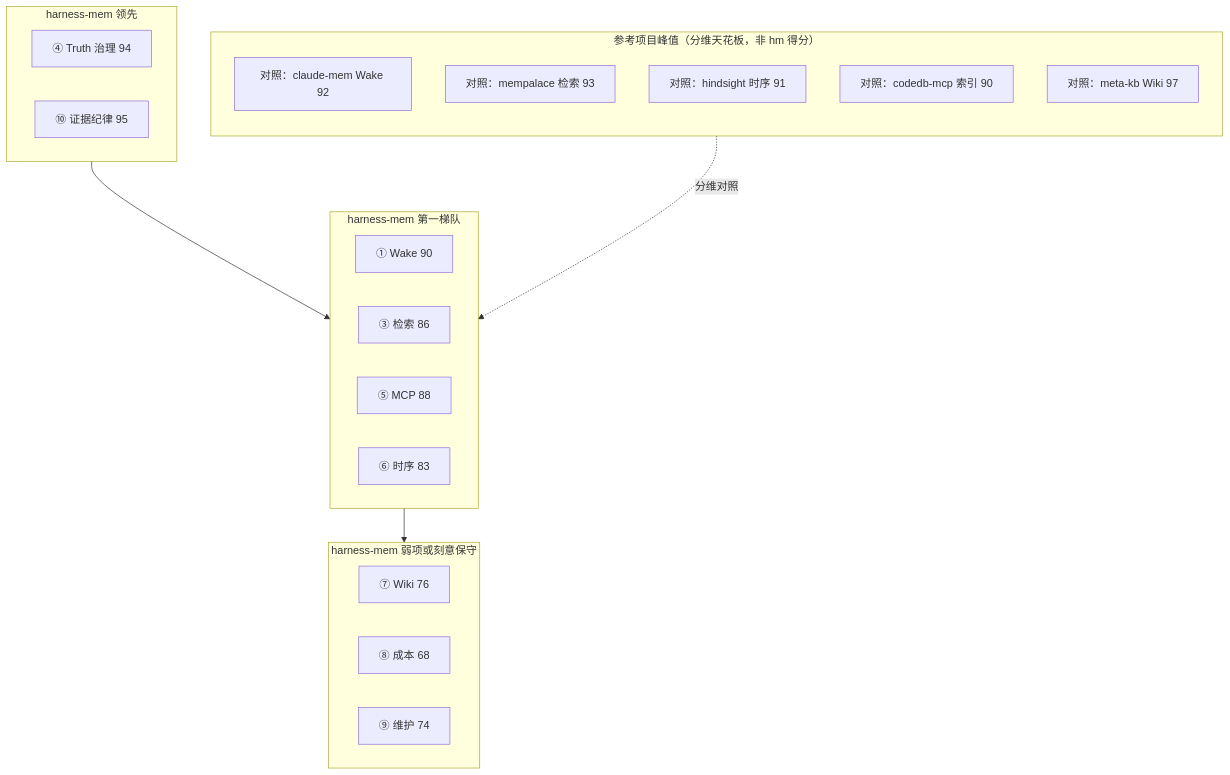
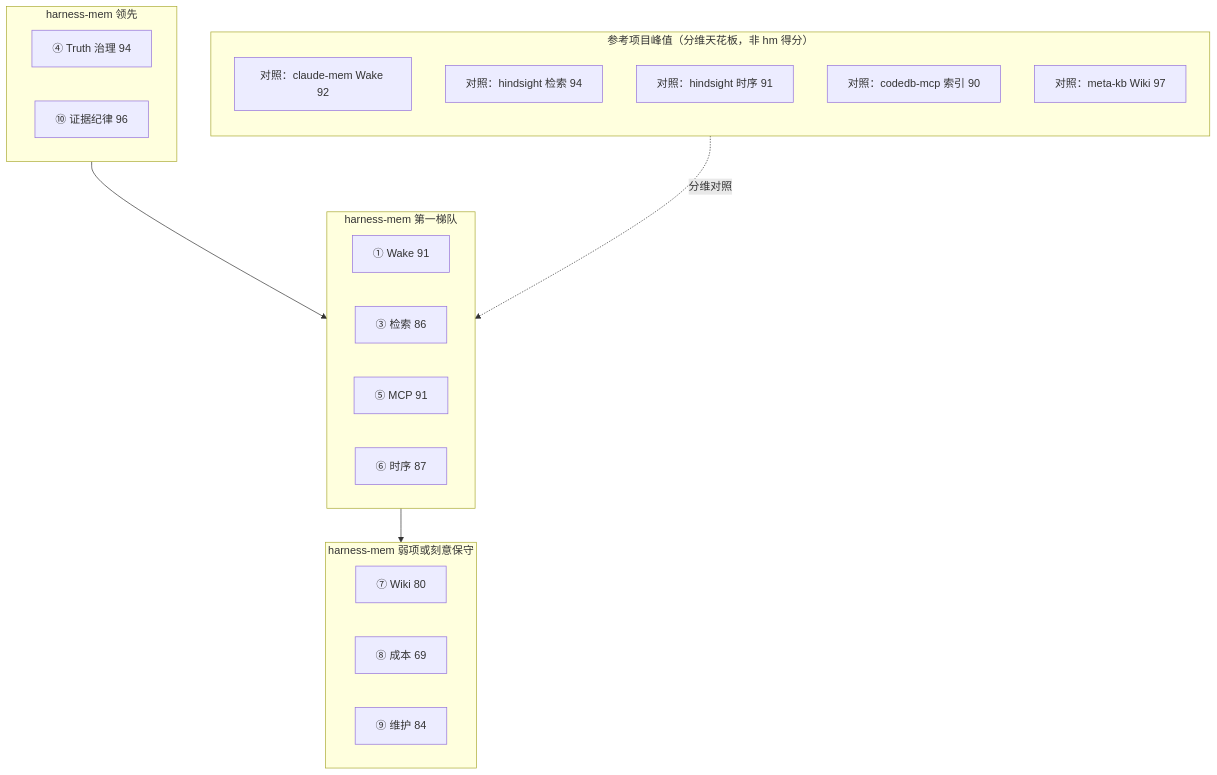
Before and after one commit to manhua-man/harness-mem: the diagram in docs/reference-comparison-matrix.md, drawn with Mermaid. The commit also changed other lines of this file and 50 other files, not shown here.

````diff
--- a/docs/reference-comparison-matrix.md
+++ b/docs/reference-comparison-matrix.md
@@ -152,33 +151,33 @@
 ```mermaid
 flowchart TB
   subgraph hm_lead["harness-mem 领先"]
     T4["④ Truth 治理 94"]
-    T10["⑩ 证据纪律 95"]
+    T10["⑩ 证据纪律 96"]
   end
 
   subgraph hm_strong["harness-mem 第一梯队"]
-    T1["① Wake 90"]
+    T1["① Wake 91"]
     T3["③ 检索 86"]
-    T5["⑤ MCP 88"]
-    T6["⑥ 时序 83"]
+    T5["⑤ MCP 91"]
+    T6["⑥ 时序 87"]
   end
 
   subgraph hm_gap["harness-mem 弱项或刻意保守"]
-    T7["⑦ Wiki 76"]
-    T8["⑧ 成本 68"]
-    T9["⑨ 维护 74"]
+    T7["⑦ Wiki 80"]
+    T8["⑧ 成本 69"]
+    T9["⑨ 维护 84"]
   end
 
   subgraph ref_peak["参考项目峰值（分维天花板，非 hm 得分）"]
   direction TB
     R1["对照：claude-mem Wake 92"]
-    R2["对照：mempalace 检索 93"]
+    R2["对照：hindsight 检索 94"]
     R3["对照：hindsight 时序 91"]
     R4["对照：codedb-mcp 索引 90"]
     R5["对照：meta-kb Wiki 97"]
   end
 
   hm_lead --> hm_strong
   hm_strong --> hm_gap
   ref_peak -. "分维对照" .-> hm_strong
 ```
````
